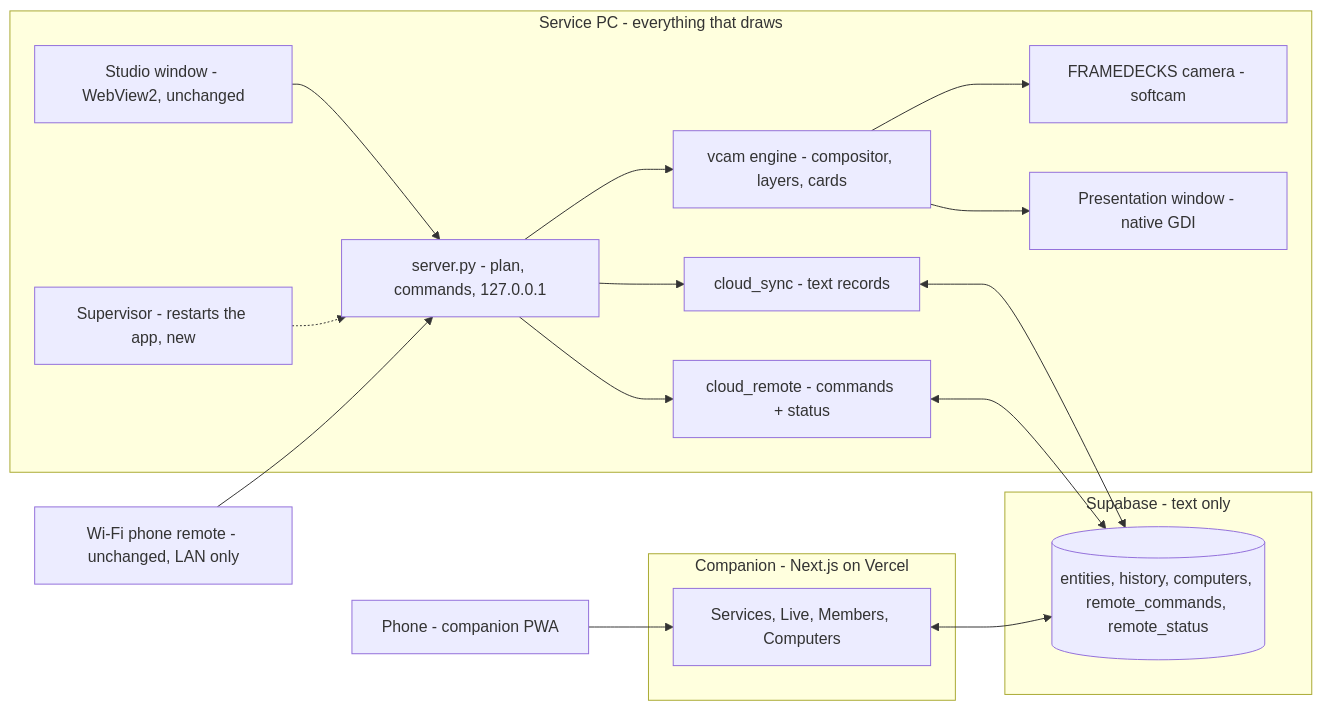
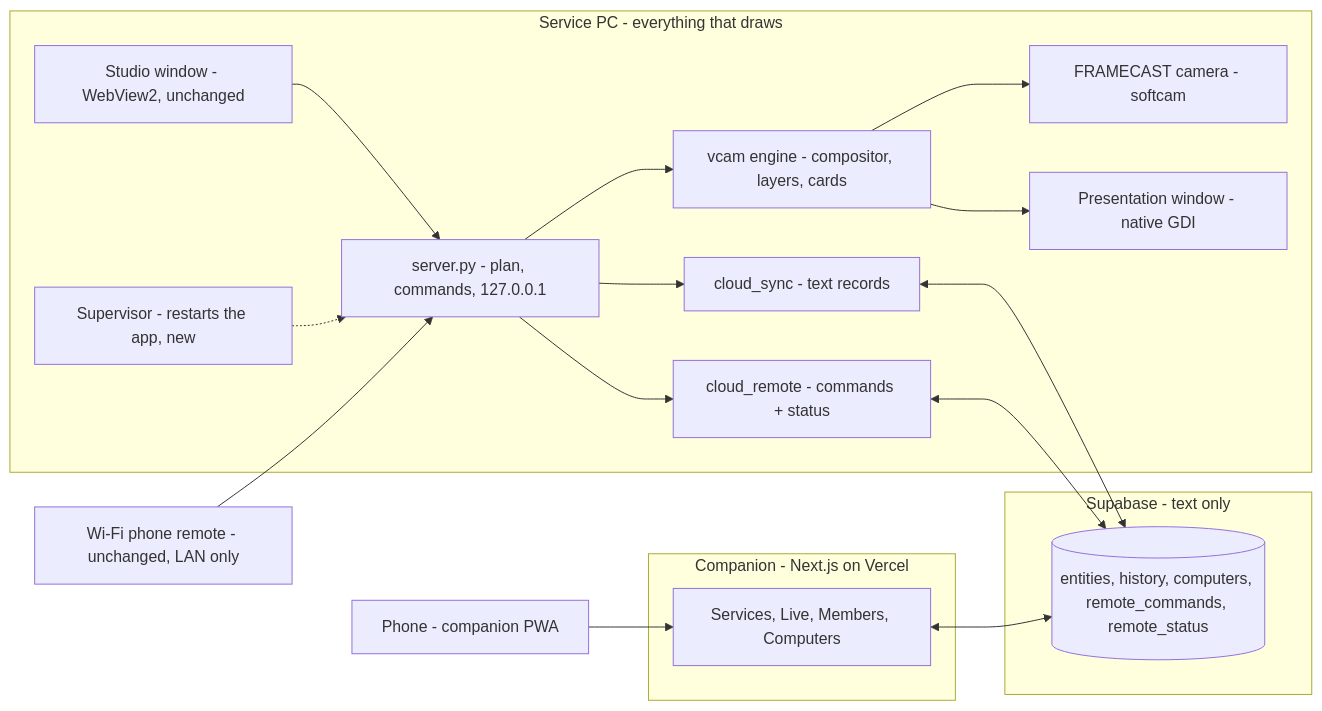
Before and after one commit to mshobin/FrameDecks: the diagram in docs/project/2026-10-25-architecture-audit.md, drawn with Mermaid. The commit also changed 54 other files, not shown here.

First line of the commit message:
Camera named FRAMECAST; release notes build fixed and rewritten

````diff
--- a/docs/project/2026-10-25-architecture-audit.md
+++ b/docs/project/2026-10-25-architecture-audit.md
@@ -166,23 +166,23 @@
 ```mermaid
 flowchart LR
   subgraph PC [Service PC - everything that draws]
     UI[Studio window - WebView2, unchanged] --> S[server.py - plan, commands, 127.0.0.1]
     S --> E[vcam engine - compositor, layers, cards]
-    E --> V[FRAMEDECKS camera - softcam]
+    E --> V[FRAMECAST camera - softcam]
     E --> P[Presentation window - native GDI]
     S --> CS[cloud_sync - text records]
     S --> CR[cloud_remote - commands + status]
     SUP[Supervisor - restarts the app, new] -.-> S
   end
   subgraph Cloud [Supabase - text only]
     DB[(entities, history, computers, remote_commands, remote_status)]
   end
   subgraph Web [Companion - Next.js on Vercel]
     W[Services, Live, Members, Computers]
   end
   Phone[Phone - companion PWA] --> W
   CS <--> DB
   CR <--> DB
   W <--> DB
   LAN[Wi-Fi phone remote - unchanged, LAN only] --> S
 ```
````
